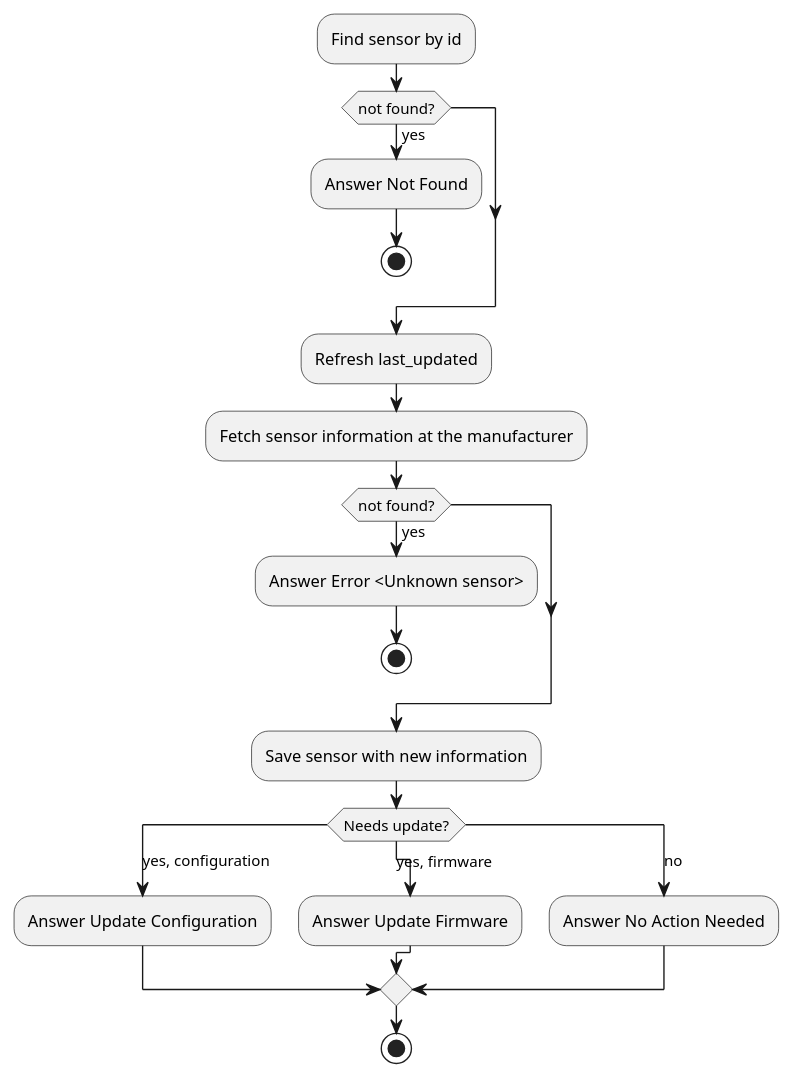
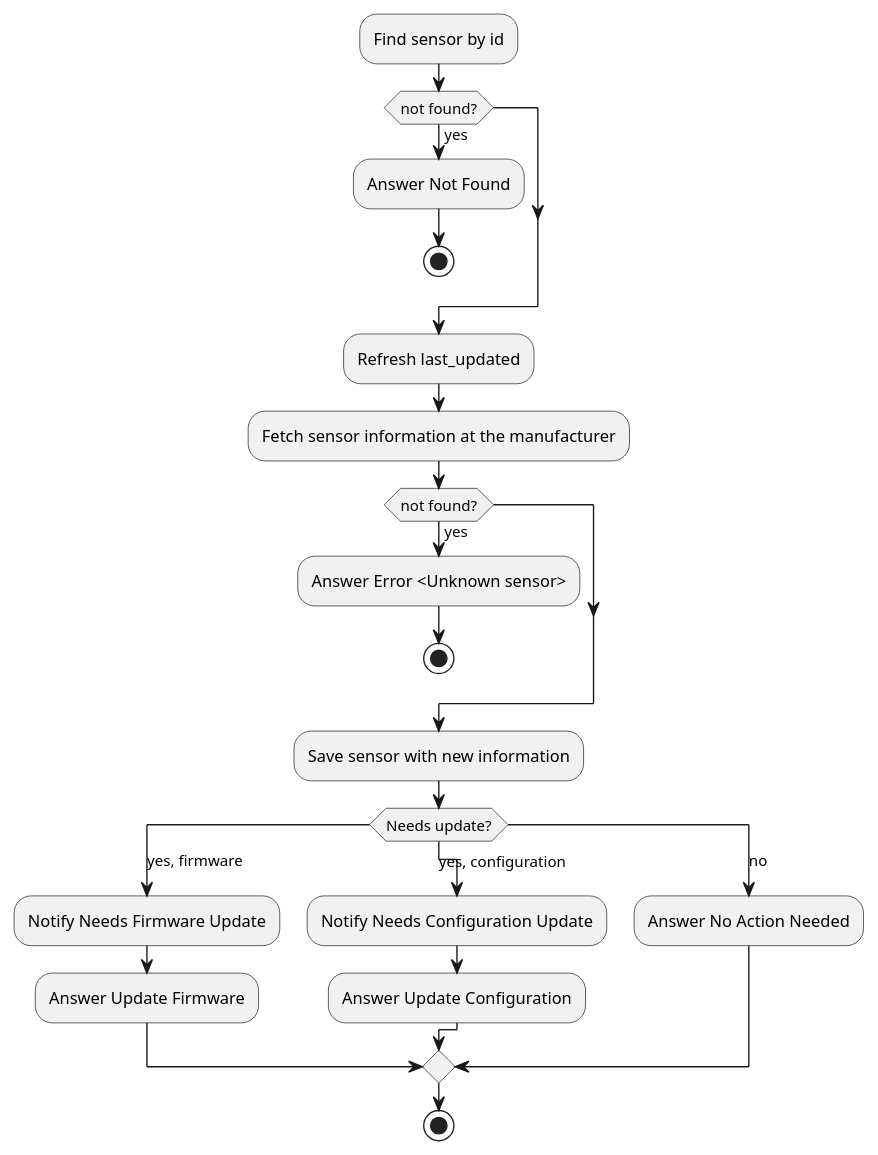
Before and after one commit to AboutCodingBE/validation-excercise: the diagram in docs/diagrams/ActivityDiagramCheckSensorStatus.puml, drawn with PlantUML. The commit also changed 8 other files, not shown here.

Commit message:
update model, class diagram ClassDiagramScheduleTask.puml

```diff
--- a/docs/diagrams/ActivityDiagramCheckSensorStatus.puml
+++ b/docs/diagrams/ActivityDiagramCheckSensorStatus.puml
@@ -1,35 +1,38 @@
 @startuml
 
 :Find sensor by id;
 
 if (not found?) then (yes)
   :Answer Not Found;
   stop
 endif
 
 :Refresh last_updated;
 
 :Fetch sensor information at the manufacturer;
 
 if (not found?) then (yes)
   :Answer Error <Unknown sensor>;
   stop
 endif
 
 :Save sensor with new information;
 
 
 switch (Needs update?)
-case (yes, configuration)
-  :Answer Update Configuration;
 
 case (yes, firmware)
+  :Notify Needs Firmware Update;
   :Answer Update Firmware;
+
+case (yes, configuration)
+  :Notify Needs Configuration Update;
+  :Answer Update Configuration;
 
 case (no)
   :Answer No Action Needed;
 
 endswitch
 
 stop
 @enduml
```
